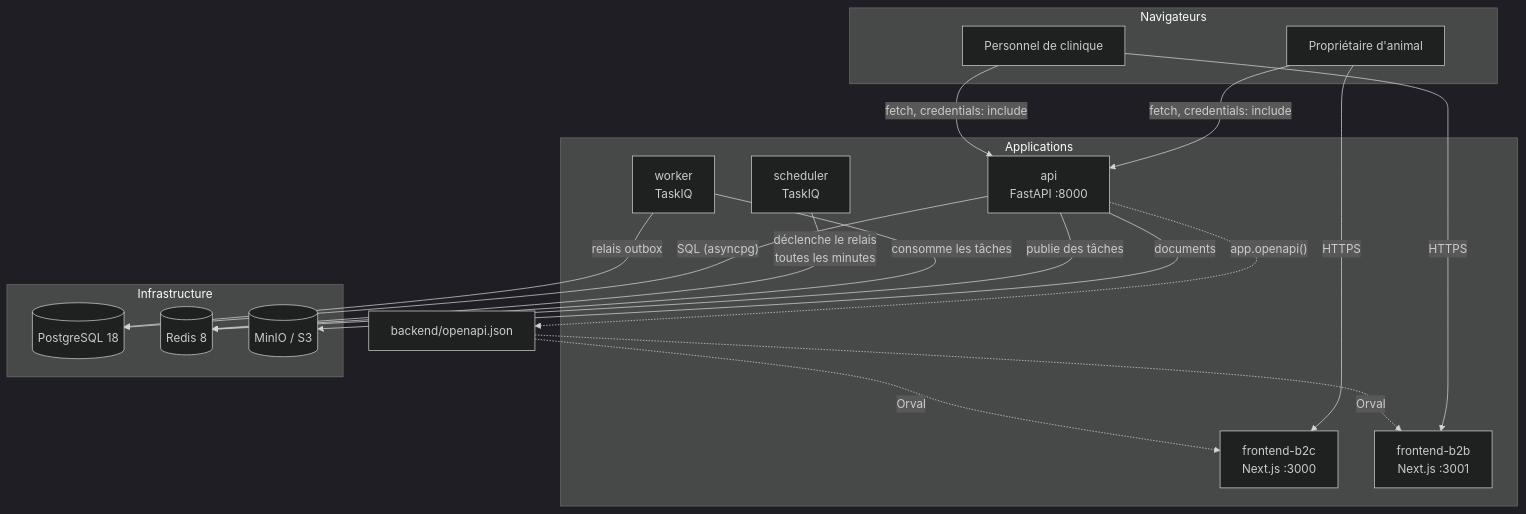
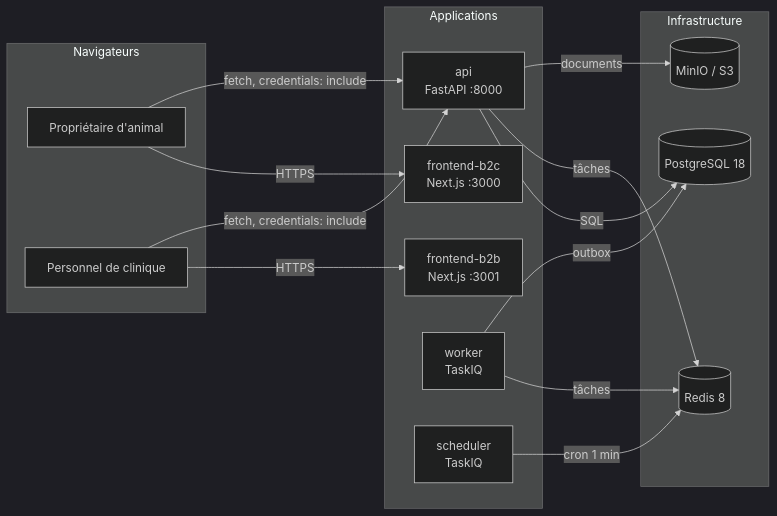
One commit to kederiku/VetLib changed the diagram in documentation/docs/architecture/vue-d-ensemble.md. Above: the diagram before and after it, drawn with Mermaid (dark theme). The commit also changed other lines of this file and 1 other file, not shown here.

First paragraph of the commit message:
fix(docs): corriger deux diagrammes que mon passage en TD avait élargis (#21)
## Ce qui s'est passé

````diff
--- a/documentation/docs/architecture/vue-d-ensemble.md
+++ b/documentation/docs/architecture/vue-d-ensemble.md
@@ -35,37 +35,33 @@
 ```mermaid
-flowchart TD
+flowchart LR
   subgraph Navigateurs
     P["Propriétaire d'animal"]
     S["Personnel de clinique"]
   end
 
   subgraph Applications
     B2C["frontend-b2c<br/>Next.js :3000"]
     B2B["frontend-b2b<br/>Next.js :3001"]
     API["api<br/>FastAPI :8000"]
     W["worker<br/>TaskIQ"]
     SC["scheduler<br/>TaskIQ"]
   end
 
   subgraph Infrastructure
     PG[("PostgreSQL 18")]
     RD[("Redis 8")]
     S3[("MinIO / S3")]
   end
 
   P -->|HTTPS| B2C
   S -->|HTTPS| B2B
   P -->|"fetch, credentials: include"| API
   S -->|"fetch, credentials: include"| API
 
-  API -->|"SQL (asyncpg)"| PG
-  API -->|"publie des tâches"| RD
+  API -->|SQL| PG
+  API -->|tâches| RD
   API -->|documents| S3
-  W -->|"consomme les tâches"| RD
-  W -->|"relais outbox"| PG
-  SC -->|"déclenche le relais<br/>toutes les minutes"| RD
-
-  API -.->|"app.openapi()"| OA["backend/openapi.json"]
-  OA -.->|Orval| B2C
-  OA -.->|Orval| B2B
+  W -->|tâches| RD
+  W -->|outbox| PG
+  SC -->|"cron 1 min"| RD
 ```
````
